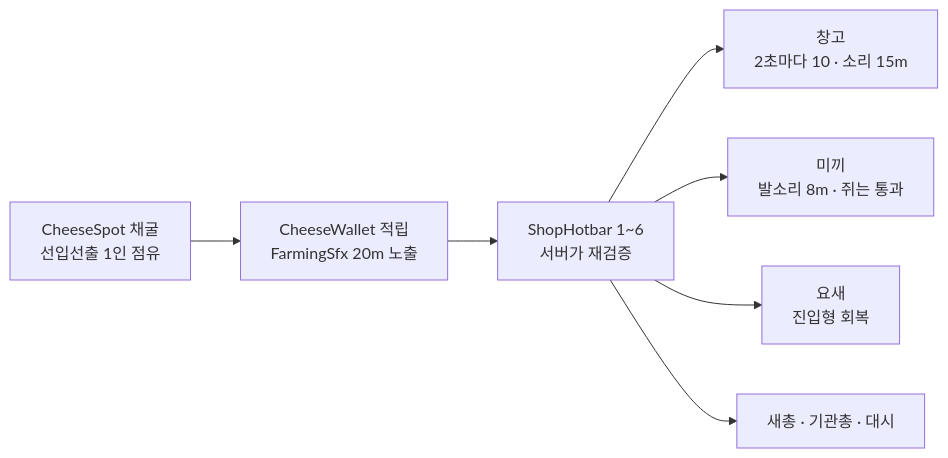
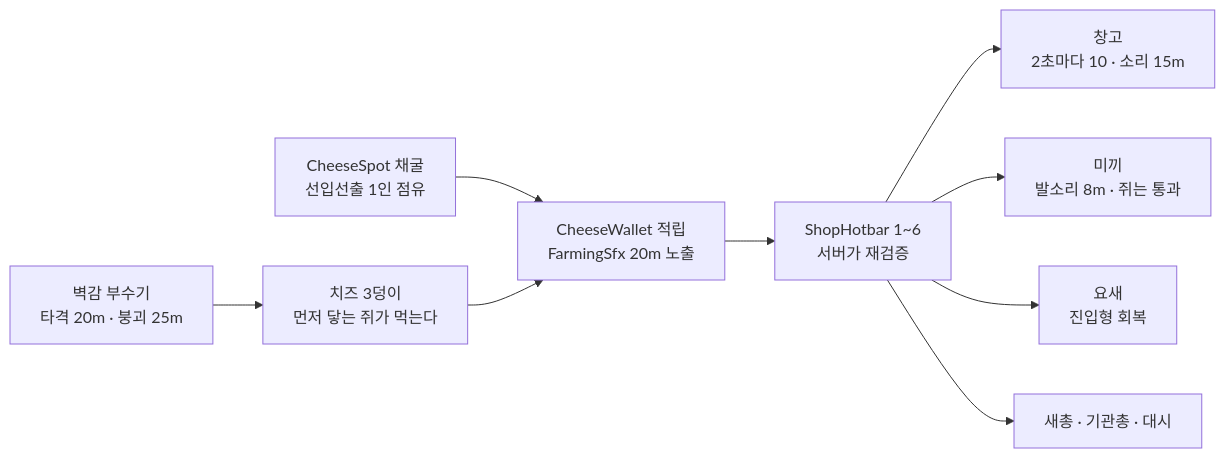
Before and after one commit to JeahanPark/The-Cheese-Thief-and-the-Cat: the second of 13 diagrams in CTC/docs/design-vault/코드 다이어그램.md, drawn with Mermaid. The commit also changed other lines of this file and 52 other files, not shown here.

````diff
--- a/CTC/docs/design-vault/코드 다이어그램.md
+++ b/CTC/docs/design-vault/코드 다이어그램.md
@@ -32,9 +32,11 @@
 ```mermaid
 flowchart LR
     Farm[CheeseSpot 채굴<br/>선입선출 1인 점유] --> Wallet[CheeseWallet 적립<br/>FarmingSfx 20m 노출]
     Wallet --> Buy[ShopHotbar 1~6<br/>서버가 재검증]
     Buy --> Ware[창고<br/>2초마다 10 · 소리 15m]
     Buy --> Decoy[미끼<br/>발소리 8m · 쥐는 통과]
     Buy --> Fort[요새<br/>진입형 회복]
     Buy --> Gun[새총 · 기관총 · 대시]
+    Alc[벽감 부수기<br/>타격 20m · 붕괴 25m] --> Drop[치즈 3덩이<br/>먼저 닿는 쥐가 먹는다]
+    Drop --> Wallet
 ```
````
